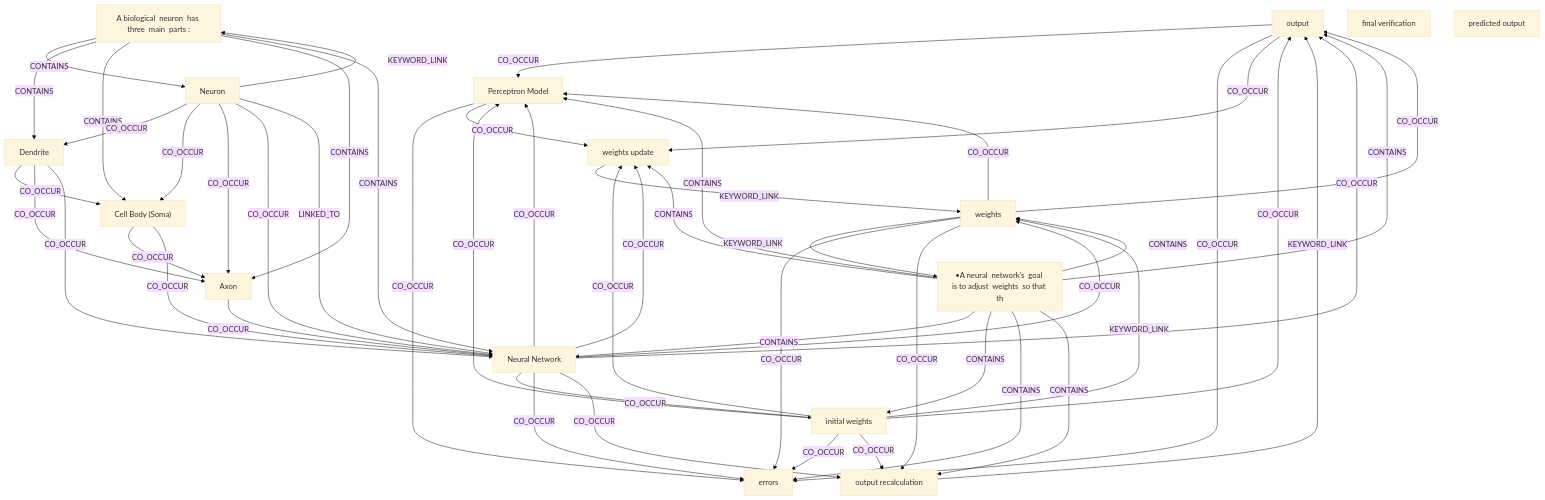
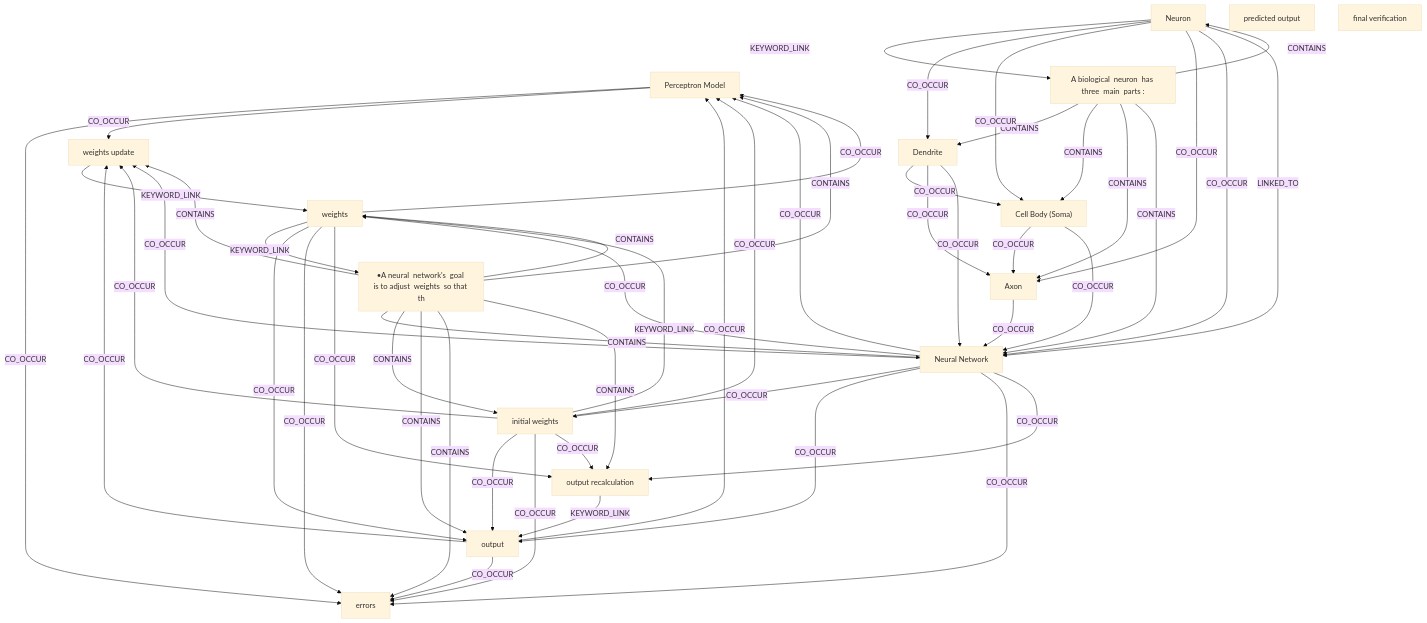
Before and after one commit to ankit-sengupta05/cyborg: the diagram in AI_OS/Ontology/Ontology_Neural_Computation.md, drawn with Mermaid (base theme). The commit also changed other lines of this file and 19 other files, not shown here.

````diff
--- a/AI_OS/Ontology/Ontology_Neural_Computation.md
+++ b/AI_OS/Ontology/Ontology_Neural_Computation.md
@@ -26,69 +26,69 @@
 ```mermaid
 graph TD
-    n0["output"]
-    n1["initial weights"]
-    n2["weights update"]
-    n3["A biological  neuron  has three  main  parts :"]
-    n4["Neuron"]
-    n5["final verification"]
-    n6["Neural Network"]
-    n7["weights"]
-    n8["•A neural  network's  goal is to adjust  weights  so that th"]
-    n9["output recalculation"]
-    n10["Cell Body (Soma)"]
-    n11["Perceptron Model"]
-    n12["errors"]
-    n13["Dendrite"]
-    n14["Axon"]
-    n15["predicted output"]
-    n4 -->|KEYWORD_LINK| n3
-    n3 -->|CONTAINS| n4
-    n3 -->|CONTAINS| n13
-    n3 -->|CONTAINS| n10
-    n3 -->|CONTAINS| n14
-    n3 -->|CONTAINS| n6
-    n4 -->|CO_OCCUR| n13
-    n4 -->|CO_OCCUR| n10
-    n4 -->|CO_OCCUR| n14
-    n4 -->|CO_OCCUR| n6
-    n13 -->|CO_OCCUR| n10
-    n13 -->|CO_OCCUR| n14
-    n13 -->|CO_OCCUR| n6
-    n10 -->|CO_OCCUR| n14
-    n10 -->|CO_OCCUR| n6
-    n14 -->|CO_OCCUR| n6
-    n4 -->|LINKED_TO| n6
-    n8 -->|CONTAINS| n6
-    n7 -->|KEYWORD_LINK| n8
-    n8 -->|CONTAINS| n7
-    n1 -->|KEYWORD_LINK| n7
-    n8 -->|CONTAINS| n1
-    n8 -->|CONTAINS| n0
-    n8 -->|CONTAINS| n11
-    n8 -->|CONTAINS| n12
-    n2 -->|KEYWORD_LINK| n7
-    n8 -->|CONTAINS| n2
-    n9 -->|KEYWORD_LINK| n0
-    n8 -->|CONTAINS| n9
-    n6 -->|CO_OCCUR| n7
-    n6 -->|CO_OCCUR| n1
-    n6 -->|CO_OCCUR| n0
-    n6 -->|CO_OCCUR| n11
-    n6 -->|CO_OCCUR| n12
-    n6 -->|CO_OCCUR| n2
-    n6 -->|CO_OCCUR| n9
-    n7 -->|CO_OCCUR| n0
+    n0["Perceptron Model"]
+    n1["•A neural  network's  goal is to adjust  weights  so that th"]
+    n2["output"]
+    n3["Neuron"]
+    n4["predicted output"]
+    n5["errors"]
+    n6["final verification"]
+    n7["Axon"]
+    n8["weights update"]
+    n9["Dendrite"]
+    n10["weights"]
+    n11["Neural Network"]
+    n12["Cell Body (Soma)"]
+    n13["output recalculation"]
+    n14["initial weights"]
+    n15["A biological  neuron  has three  main  parts :"]
+    n3 -->|KEYWORD_LINK| n15
+    n15 -->|CONTAINS| n3
+    n15 -->|CONTAINS| n9
+    n15 -->|CONTAINS| n12
+    n15 -->|CONTAINS| n7
+    n15 -->|CONTAINS| n11
+    n3 -->|CO_OCCUR| n9
+    n3 -->|CO_OCCUR| n12
+    n3 -->|CO_OCCUR| n7
+    n3 -->|CO_OCCUR| n11
+    n9 -->|CO_OCCUR| n12
+    n9 -->|CO_OCCUR| n7
+    n9 -->|CO_OCCUR| n11
+    n12 -->|CO_OCCUR| n7
+    n12 -->|CO_OCCUR| n11
     n7 -->|CO_OCCUR| n11
-    n7 -->|CO_OCCUR| n12
-    n7 -->|CO_OCCUR| n9
-    n1 -->|CO_OCCUR| n0
-    n1 -->|CO_OCCUR| n11
-    n1 -->|CO_OCCUR| n12
-    n1 -->|CO_OCCUR| n2
-    n1 -->|CO_OCCUR| n9
-    n0 -->|CO_OCCUR| n11
-    n0 -->|CO_OCCUR| n12
-    n0 -->|CO_OCCUR| n2
-    n11 -->|CO_OCCUR| n12
+    n3 -->|LINKED_TO| n11
+    n1 -->|CONTAINS| n11
+    n10 -->|KEYWORD_LINK| n1
+    n1 -->|CONTAINS| n10
+    n14 -->|KEYWORD_LINK| n10
+    n1 -->|CONTAINS| n14
+    n1 -->|CONTAINS| n2
+    n1 -->|CONTAINS| n0
+    n1 -->|CONTAINS| n5
+    n8 -->|KEYWORD_LINK| n10
+    n1 -->|CONTAINS| n8
+    n13 -->|KEYWORD_LINK| n2
+    n1 -->|CONTAINS| n13
+    n11 -->|CO_OCCUR| n10
+    n11 -->|CO_OCCUR| n14
     n11 -->|CO_OCCUR| n2
+    n11 -->|CO_OCCUR| n0
+    n11 -->|CO_OCCUR| n5
+    n11 -->|CO_OCCUR| n8
+    n11 -->|CO_OCCUR| n13
+    n10 -->|CO_OCCUR| n2
+    n10 -->|CO_OCCUR| n0
+    n10 -->|CO_OCCUR| n5
+    n10 -->|CO_OCCUR| n13
+    n14 -->|CO_OCCUR| n2
+    n14 -->|CO_OCCUR| n0
+    n14 -->|CO_OCCUR| n5
+    n14 -->|CO_OCCUR| n8
+    n14 -->|CO_OCCUR| n13
+    n2 -->|CO_OCCUR| n0
+    n2 -->|CO_OCCUR| n5
+    n2 -->|CO_OCCUR| n8
+    n0 -->|CO_OCCUR| n5
+    n0 -->|CO_OCCUR| n8
 ```
````
